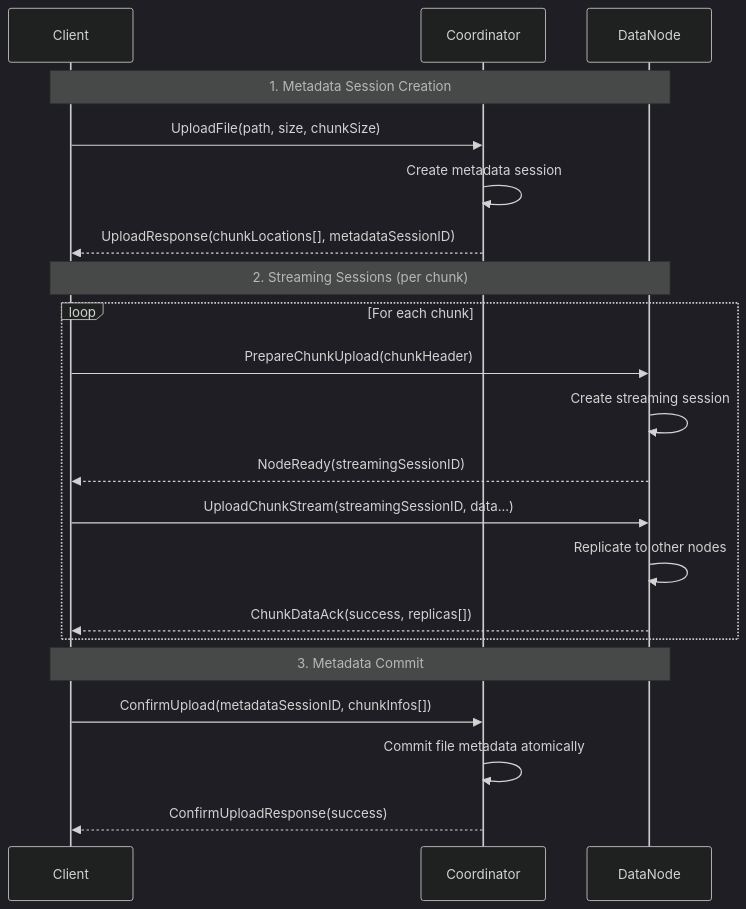
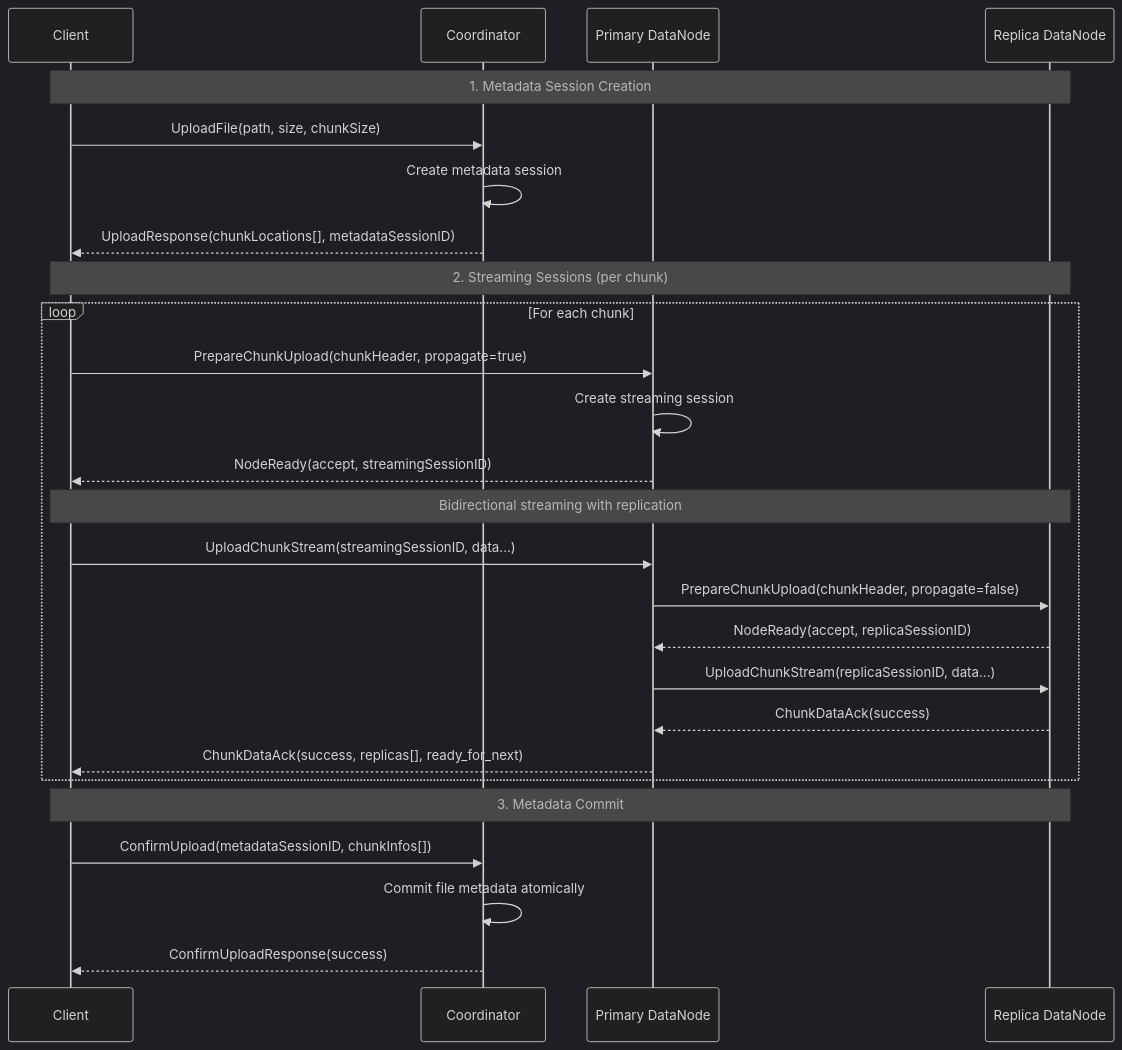
The first of 3 diagrams in docs/protocol.md (mochivi/distributed-file-system), drawn with Mermaid (dark theme) before and after one commit. The commit also changed other lines of this file and 9 other files, not shown here.

````diff
--- a/docs/protocol.md
+++ b/docs/protocol.md
@@ -92,27 +104,32 @@
 ```mermaid
 sequenceDiagram
     participant C as Client
     participant COORD as Coordinator
-    participant DN as DataNode
+    participant PDN as Primary DataNode
+    participant RDN as Replica DataNode
 
-    Note over C,DN: 1. Metadata Session Creation
+    Note over C,RDN: 1. Metadata Session Creation
     C->>COORD: UploadFile(path, size, chunkSize)
     COORD->>COORD: Create metadata session
     COORD-->>C: UploadResponse(chunkLocations[], metadataSessionID)
 
-    Note over C,DN: 2. Streaming Sessions (per chunk)
+    Note over C,RDN: 2. Streaming Sessions (per chunk)
     loop For each chunk
-        C->>DN: PrepareChunkUpload(chunkHeader)
-        DN->>DN: Create streaming session
-        DN-->>C: NodeReady(streamingSessionID)
+        C->>PDN: PrepareChunkUpload(chunkHeader, propagate=true)
+        PDN->>PDN: Create streaming session
+        PDN-->>C: NodeReady(accept, streamingSessionID)
         
-        C->>DN: UploadChunkStream(streamingSessionID, data...)
-        DN->>DN: Replicate to other nodes
-        DN-->>C: ChunkDataAck(success, replicas[])
+        Note over C,RDN: Bidirectional streaming with replication
+        C->>PDN: UploadChunkStream(streamingSessionID, data...)
+        PDN->>RDN: PrepareChunkUpload(chunkHeader, propagate=false)
+        RDN-->>PDN: NodeReady(accept, replicaSessionID)
+        PDN->>RDN: UploadChunkStream(replicaSessionID, data...)
+        RDN-->>PDN: ChunkDataAck(success)
+        PDN-->>C: ChunkDataAck(success, replicas[], ready_for_next)
     end
 
-    Note over C,DN: 3. Metadata Commit
+    Note over C,RDN: 3. Metadata Commit
     C->>COORD: ConfirmUpload(metadataSessionID, chunkInfos[])
     COORD->>COORD: Commit file metadata atomically
     COORD-->>C: ConfirmUploadResponse(success)
 ```
````
